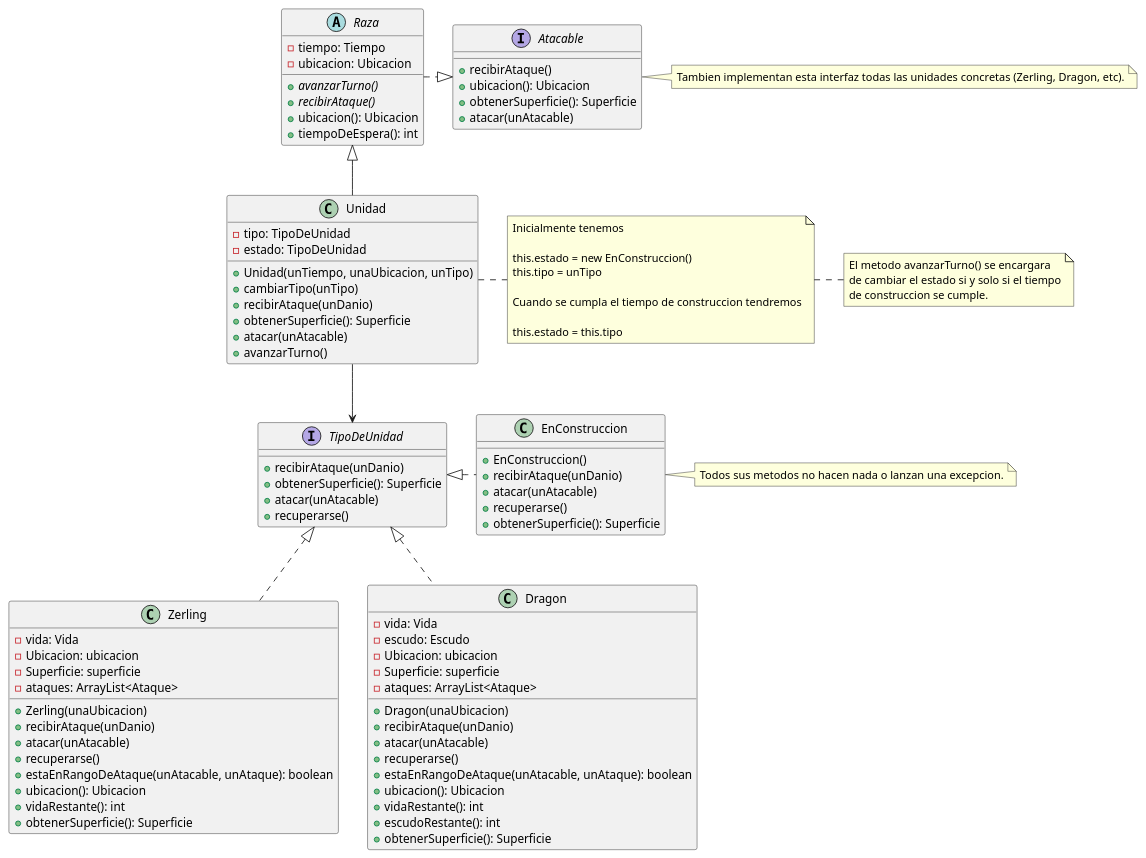
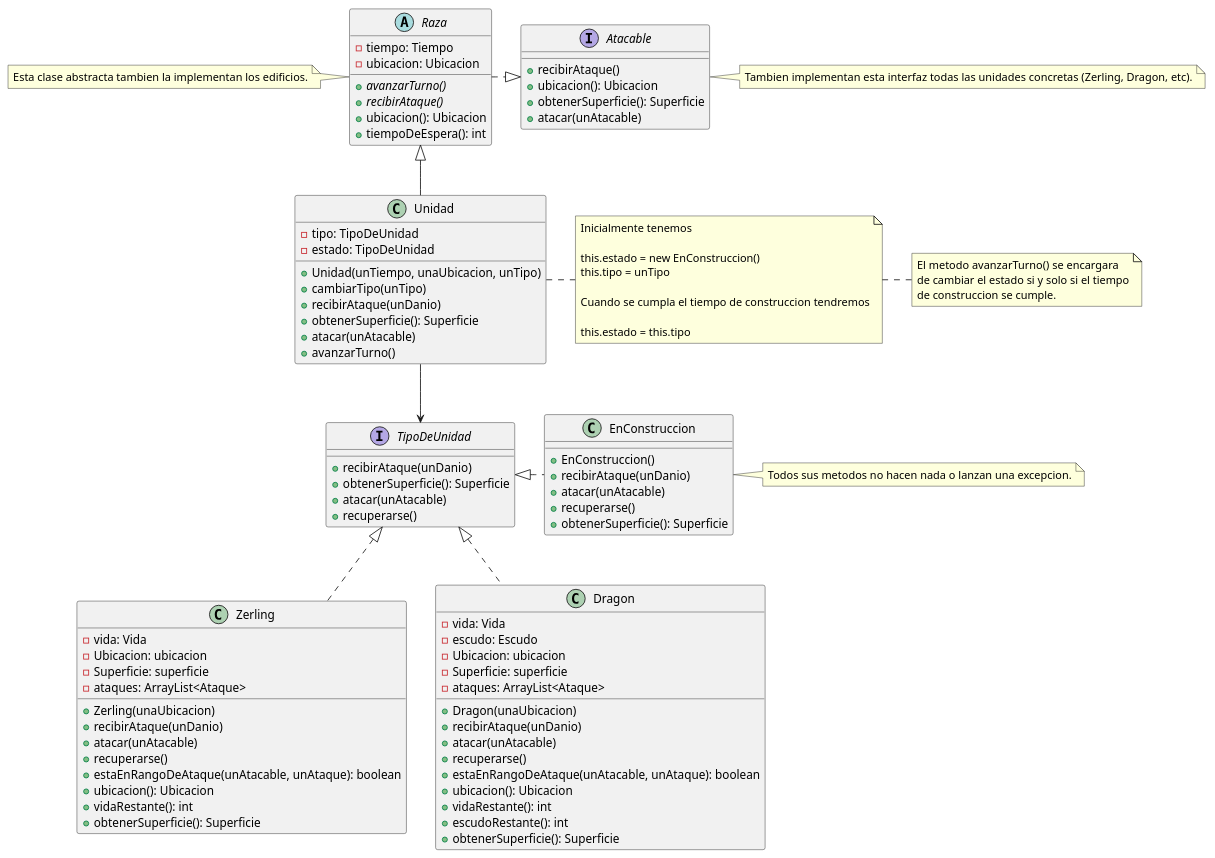
Before and after one commit to joeldevel/algo3_tp_2: the first of 2 diagrams in diagrams/classes/Diagramas de clase/Entrega 2/Unidades.puml, drawn with PlantUML. The commit also changed 1 other file, not shown here.

Commit message:
Actualizacion de diagramas de clase (Unidades) y de diagramas de secuencia (Caso de uso 18).

```diff
--- a/diagrams/classes/Diagramas de clase/Entrega 2/Unidades.puml
+++ b/diagrams/classes/Diagramas de clase/Entrega 2/Unidades.puml
@@ -11,91 +11,93 @@
 @startuml
 
 interface Atacable {
     +recibirAtaque()
     +ubicacion(): Ubicacion
     +obtenerSuperficie(): Superficie
     +atacar(unAtacable)
 }
 
 note right: Tambien implementan esta interfaz todas las unidades concretas (Zerling, Dragon, etc).
 
 abstract class Raza {
     -tiempo: Tiempo
     -ubicacion: Ubicacion
     +avanzarTurno() {abstract}
     +recibirAtaque() {abstract}
     +ubicacion(): Ubicacion
     +tiempoDeEspera(): int
 }
+
+note left: Esta clase abstracta tambien la implementan los edificios.
 
 class Unidad {
     -tipo: TipoDeUnidad
     -estado: TipoDeUnidad
     +Unidad(unTiempo, unaUbicacion, unTipo)
     +cambiarTipo(unTipo)
     +recibirAtaque(unDanio)
     +obtenerSuperficie(): Superficie
     +atacar(unAtacable)
     +avanzarTurno()
 }
 
 note right: Inicialmente tenemos\n\nthis.estado = new EnConstruccion()\nthis.tipo = unTipo\n\nCuando se cumpla el tiempo de construccion tendremos\n\nthis.estado = this.tipo
 note right: El metodo avanzarTurno() se encargara\nde cambiar el estado si y solo si el tiempo\nde construccion se cumple.
 
 interface TipoDeUnidad {
     +recibirAtaque(unDanio)
     +obtenerSuperficie(): Superficie
     +atacar(unAtacable)
     +recuperarse()
 }
 
 class Zerling {
     -vida: Vida
     -Ubicacion: ubicacion
     -Superficie: superficie
     -ataques: ArrayList<Ataque>
     +Zerling(unaUbicacion)
     +recibirAtaque(unDanio)
     +atacar(unAtacable)
     +recuperarse()
     +estaEnRangoDeAtaque(unAtacable, unAtaque): boolean
     +ubicacion(): Ubicacion
     +vidaRestante(): int
     +obtenerSuperficie(): Superficie
 }
 
 class Dragon {
     -vida: Vida
     -escudo: Escudo
     -Ubicacion: ubicacion
     -Superficie: superficie
     -ataques: ArrayList<Ataque>
     +Dragon(unaUbicacion)
     +recibirAtaque(unDanio)
     +atacar(unAtacable)
     +recuperarse()
     +estaEnRangoDeAtaque(unAtacable, unAtaque): boolean
     +ubicacion(): Ubicacion
     +vidaRestante(): int
     +escudoRestante(): int
     +obtenerSuperficie(): Superficie
 }
 
 class EnConstruccion {
     +EnConstruccion()
     +recibirAtaque(unDanio)
     +atacar(unAtacable)
     +recuperarse()
     +obtenerSuperficie(): Superficie
 }
 
 note right: Todos sus metodos no hacen nada o lanzan una excepcion.
 
 Raza ..right|> Atacable
 Unidad --up|> Raza
 Unidad --down> TipoDeUnidad
 Zerling ..up|> TipoDeUnidad
 EnConstruccion .up|> TipoDeUnidad
 Dragon ..up|> TipoDeUnidad
 
 @enduml
```
